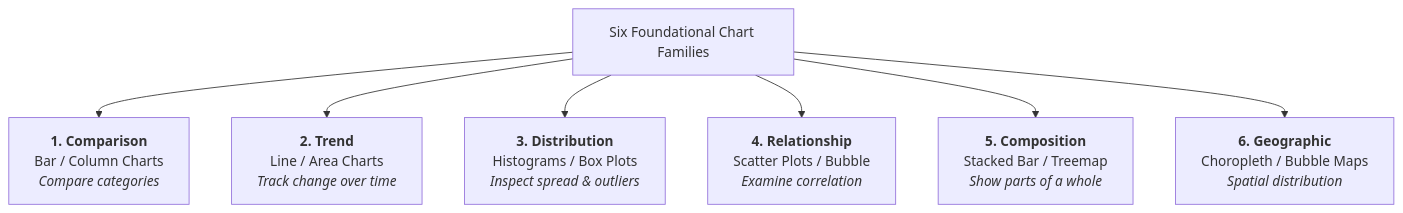
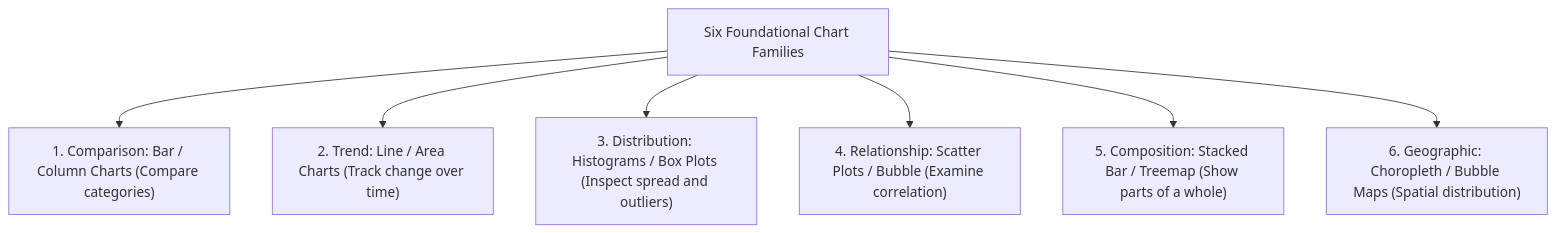
Before and after one commit to DeepLumiere/DeepSkills: the sixth of 9 diagrams in notes/data_analysis/Chapter8_Business_Data_Visualization_Definition_Purpose_Usage.md, drawn with Mermaid. The commit also changed other lines of this file and 56 other files, not shown here.

````diff
--- a/notes/data_analysis/Chapter8_Business_Data_Visualization_Definition_Purpose_Usage.md
+++ b/notes/data_analysis/Chapter8_Business_Data_Visualization_Definition_Purpose_Usage.md
@@ -186,10 +186,10 @@
 ```mermaid
 flowchart TD
     ChartFamilies["Six Foundational Chart Families"]
-    ChartFamilies --> C1["<b>1. Comparison</b><br/>Bar / Column Charts<br/><i>Compare categories</i>"]
-    ChartFamilies --> C2["<b>2. Trend</b><br/>Line / Area Charts<br/><i>Track change over time</i>"]
-    ChartFamilies --> C3["<b>3. Distribution</b><br/>Histograms / Box Plots<br/><i>Inspect spread & outliers</i>"]
-    ChartFamilies --> C4["<b>4. Relationship</b><br/>Scatter Plots / Bubble<br/><i>Examine correlation</i>"]
-    ChartFamilies --> C5["<b>5. Composition</b><br/>Stacked Bar / Treemap<br/><i>Show parts of a whole</i>"]
-    ChartFamilies --> C6["<b>6. Geographic</b><br/>Choropleth / Bubble Maps<br/><i>Spatial distribution</i>"]
+    ChartFamilies --> C1["1. Comparison: Bar / Column Charts (Compare categories)"]
+    ChartFamilies --> C2["2. Trend: Line / Area Charts (Track change over time)"]
+    ChartFamilies --> C3["3. Distribution: Histograms / Box Plots (Inspect spread and outliers)"]
+    ChartFamilies --> C4["4. Relationship: Scatter Plots / Bubble (Examine correlation)"]
+    ChartFamilies --> C5["5. Composition: Stacked Bar / Treemap (Show parts of a whole)"]
+    ChartFamilies --> C6["6. Geographic: Choropleth / Bubble Maps (Spatial distribution)"]
 ```
````
